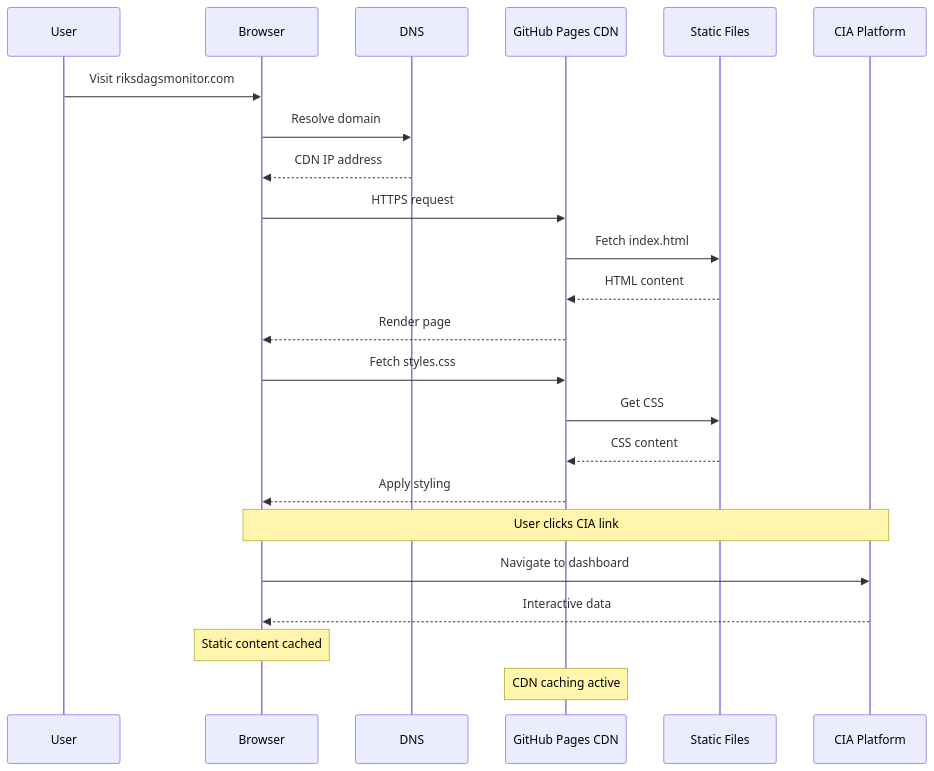
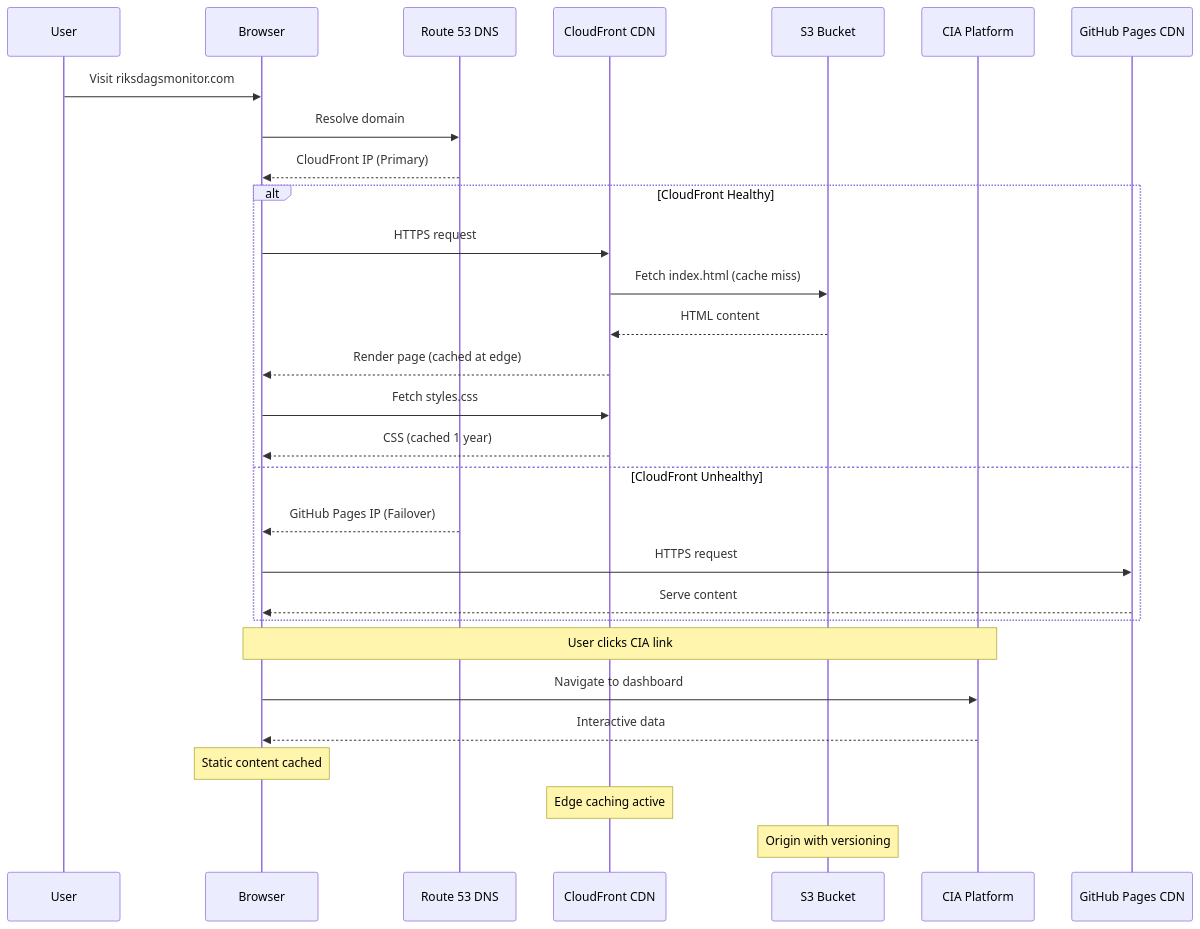
One commit to Hack23/riksdagsmonitor changed the second of 11 diagrams in ARCHITECTURE.md. Above: the diagram before and after it, drawn with Mermaid. The commit also changed other lines of this file and 1 other file, not shown here.

Commit message:
Add BCPPlan.md and update ARCHITECTURE.md for AWS dual-deployment

````diff
--- a/ARCHITECTURE.md
+++ b/ARCHITECTURE.md
@@ -86,28 +112,34 @@
 ```mermaid
 sequenceDiagram
     participant User
     participant Browser
-    participant DNS
-    participant CDN as GitHub Pages CDN
-    participant Static as Static Files
+    participant Route53 as Route 53 DNS
+    participant CF as CloudFront CDN
+    participant S3 as S3 Bucket
     participant CIA as CIA Platform
     
     User->>Browser: Visit riksdagsmonitor.com
-    Browser->>DNS: Resolve domain
-    DNS-->>Browser: CDN IP address
-    Browser->>CDN: HTTPS request
-    CDN->>Static: Fetch index.html
-    Static-->>CDN: HTML content
-    CDN-->>Browser: Render page
-    Browser->>CDN: Fetch styles.css
-    CDN->>Static: Get CSS
-    Static-->>CDN: CSS content
-    CDN-->>Browser: Apply styling
+    Browser->>Route53: Resolve domain
+    Route53-->>Browser: CloudFront IP (Primary)
+    
+    alt CloudFront Healthy
+        Browser->>CF: HTTPS request
+        CF->>S3: Fetch index.html (cache miss)
+        S3-->>CF: HTML content
+        CF-->>Browser: Render page (cached at edge)
+        Browser->>CF: Fetch styles.css
+        CF-->>Browser: CSS (cached 1 year)
+    else CloudFront Unhealthy
+        Route53-->>Browser: GitHub Pages IP (Failover)
+        Browser->>GitHub Pages CDN: HTTPS request
+        GitHub Pages CDN-->>Browser: Serve content
+    end
     
     Note over Browser,CIA: User clicks CIA link
     Browser->>CIA: Navigate to dashboard
     CIA-->>Browser: Interactive data
     
     Note over Browser: Static content cached
-    Note over CDN: CDN caching active
+    Note over CF: Edge caching active
+    Note over S3: Origin with versioning
 ```
````
